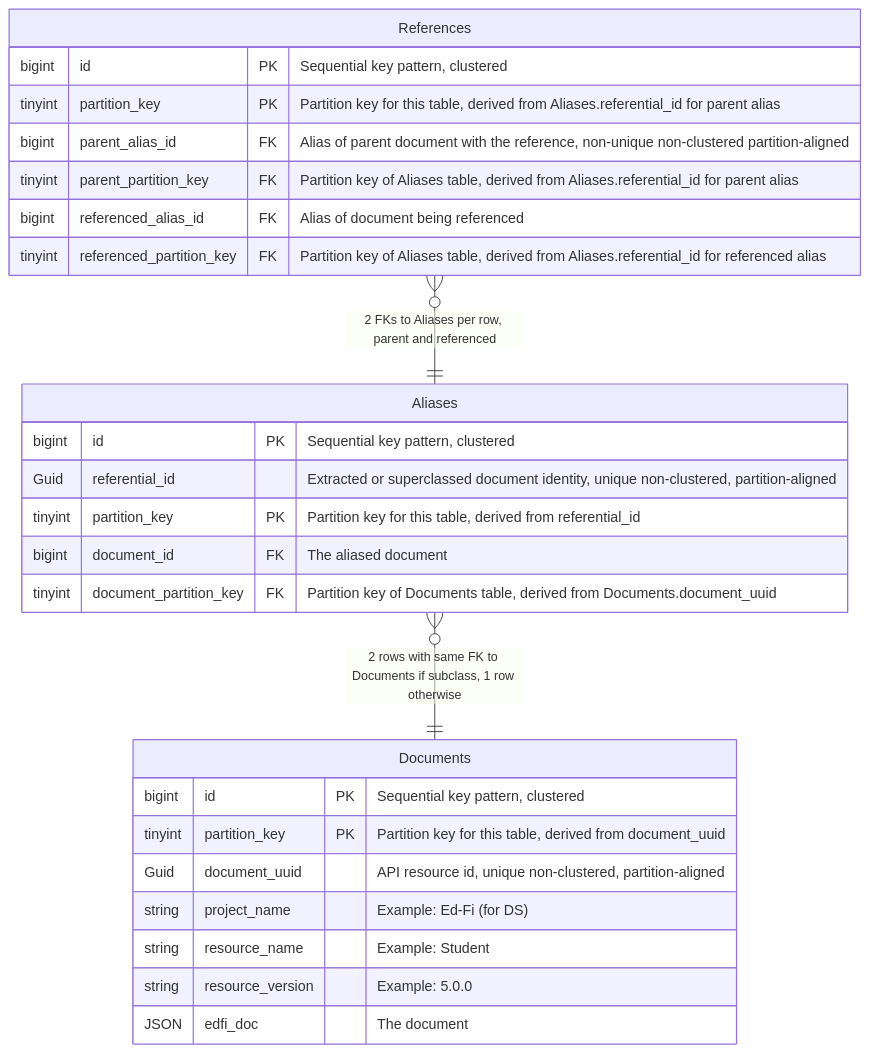
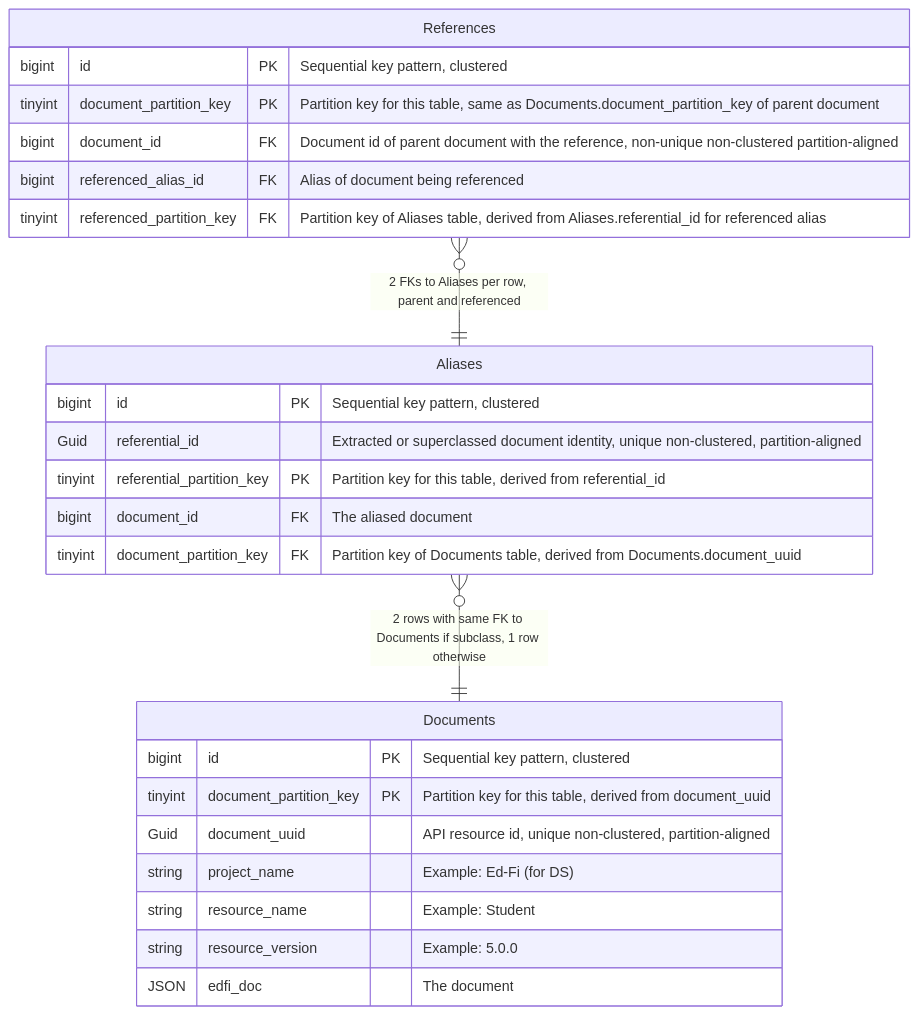
Before and after one commit to Ed-Fi-Alliance-OSS/Project-Tanager: the first of 3 diagrams in docs/DMS/PRIMARY-DATA-STORAGE.md, drawn with Mermaid. The commit also changed other lines of this file, not shown here.

````diff
--- a/docs/DMS/PRIMARY-DATA-STORAGE.md
+++ b/docs/DMS/PRIMARY-DATA-STORAGE.md
@@ -50,29 +50,28 @@
 ```mermaid
 erDiagram
     References }o--|| Aliases : "2 FKs to Aliases per row, parent and referenced"
     References {
         bigint id PK "Sequential key pattern, clustered"
-        tinyint partition_key PK "Partition key for this table, derived from Aliases.referential_id for parent alias"
-        bigint parent_alias_id FK "Alias of parent document with the reference, non-unique non-clustered partition-aligned"
-        tinyint parent_partition_key FK "Partition key of Aliases table, derived from Aliases.referential_id for parent alias"
+        tinyint document_partition_key PK "Partition key for this table, same as Documents.document_partition_key of parent document"
+        bigint document_id FK "Document id of parent document with the reference, non-unique non-clustered partition-aligned"
         bigint referenced_alias_id FK "Alias of document being referenced"
         tinyint referenced_partition_key FK "Partition key of Aliases table, derived from Aliases.referential_id for referenced alias"
     }
     Aliases }o--|| Documents : "2 rows with same FK to Documents if subclass, 1 row otherwise"
     Aliases {
         bigint id PK "Sequential key pattern, clustered"
         Guid referential_id "Extracted or superclassed document identity, unique non-clustered, partition-aligned"
-        tinyint partition_key PK "Partition key for this table, derived from referential_id"
+        tinyint referential_partition_key PK "Partition key for this table, derived from referential_id"
         bigint document_id FK "The aliased document"
         tinyint document_partition_key FK "Partition key of Documents table, derived from Documents.document_uuid"
     }
     Documents {
         bigint id PK "Sequential key pattern, clustered"
-        tinyint partition_key PK "Partition key for this table, derived from document_uuid"
+        tinyint document_partition_key PK "Partition key for this table, derived from document_uuid"
         Guid document_uuid "API resource id, unique non-clustered, partition-aligned"
         string project_name "Example: Ed-Fi (for DS)"
         string resource_name "Example: Student"
         string resource_version "Example: 5.0.0"
         JSON edfi_doc "The document"
     }
 ```
````
